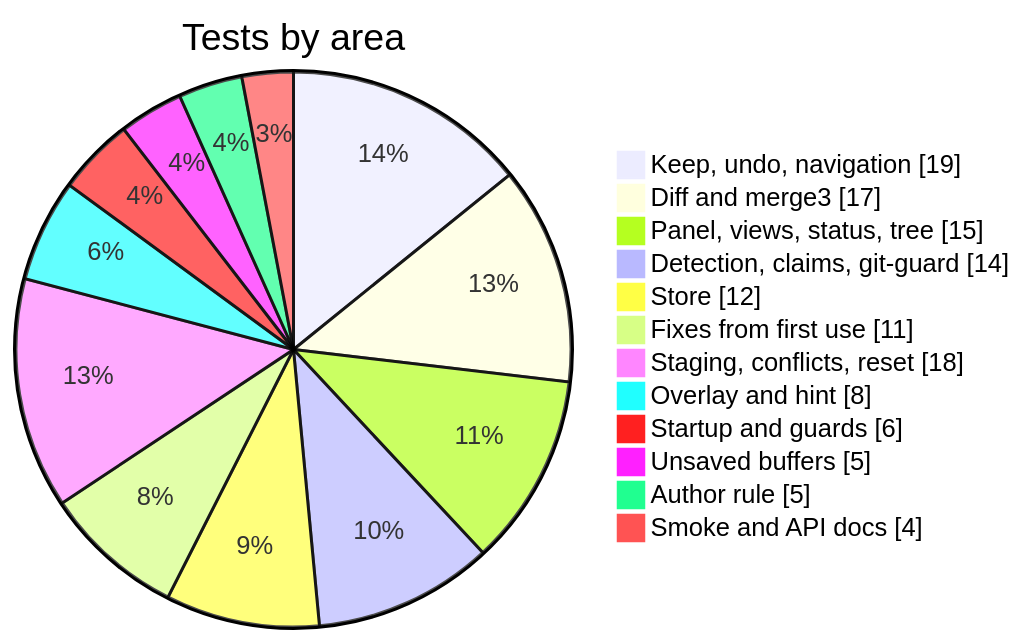
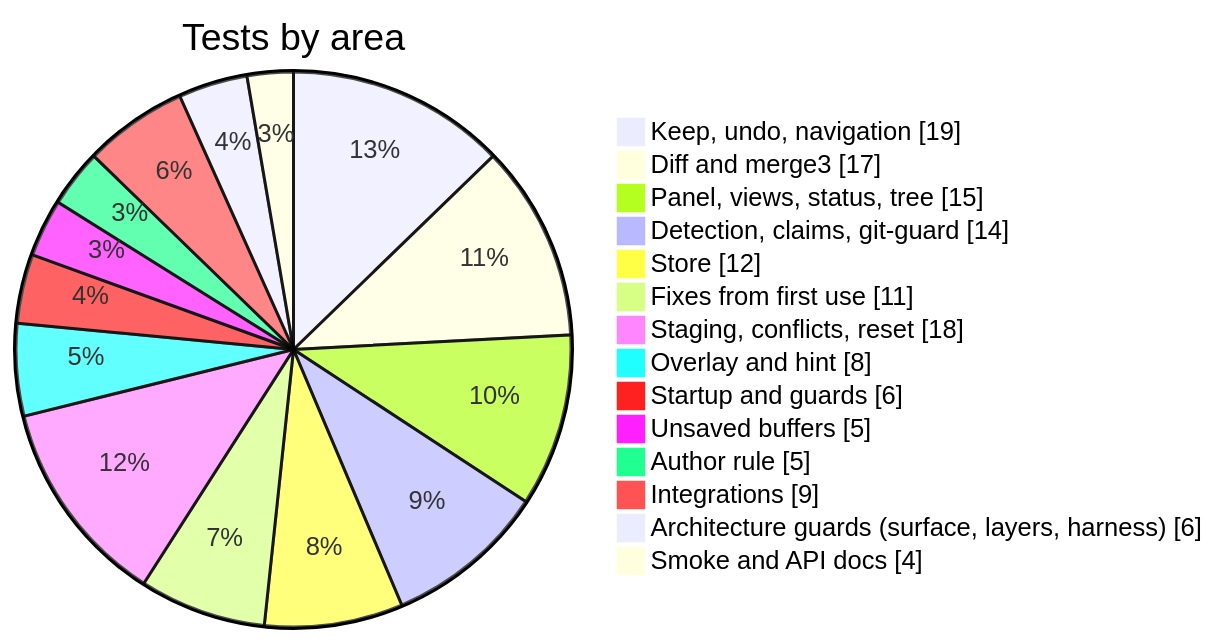
One commit to RayIci/agentdiff.nvim changed the third of 3 diagrams in docs/testing.md. Above: the diagram before and after it, drawn with Mermaid. The commit also changed other lines of this file and 8 other files, not shown here.

````diff
--- a/docs/testing.md
+++ b/docs/testing.md
@@ -49,16 +49,18 @@
 ```mermaid
 pie showData
     title Tests by area
     "Keep, undo, navigation" : 19
     "Diff and merge3" : 17
     "Panel, views, status, tree" : 15
     "Detection, claims, git-guard" : 14
     "Store" : 12
     "Fixes from first use" : 11
     "Staging, conflicts, reset" : 18
     "Overlay and hint" : 8
     "Startup and guards" : 6
     "Unsaved buffers" : 5
     "Author rule" : 5
+    "Integrations" : 9
+    "Architecture guards (surface, layers, harness)" : 6
     "Smoke and API docs" : 4
 ```
````
